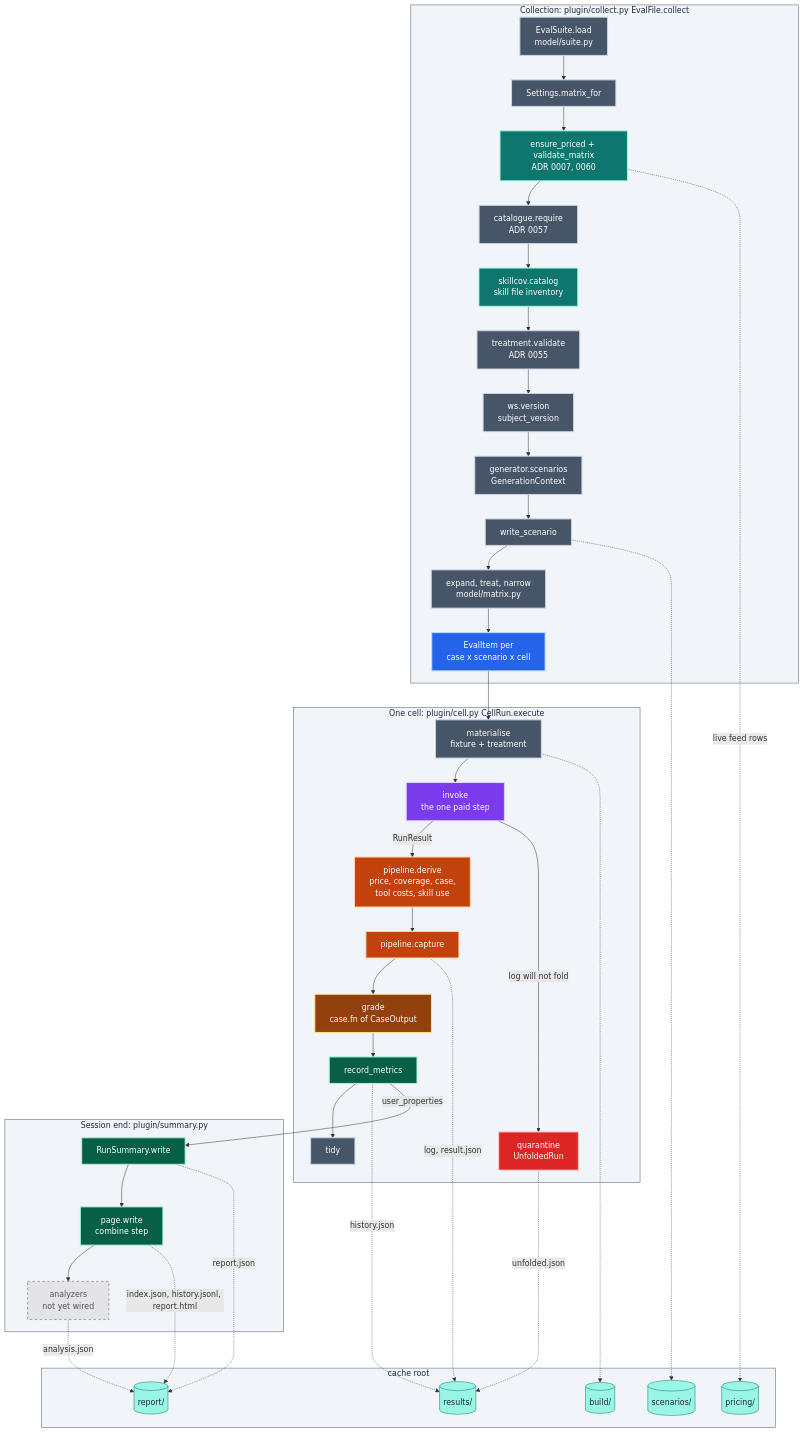
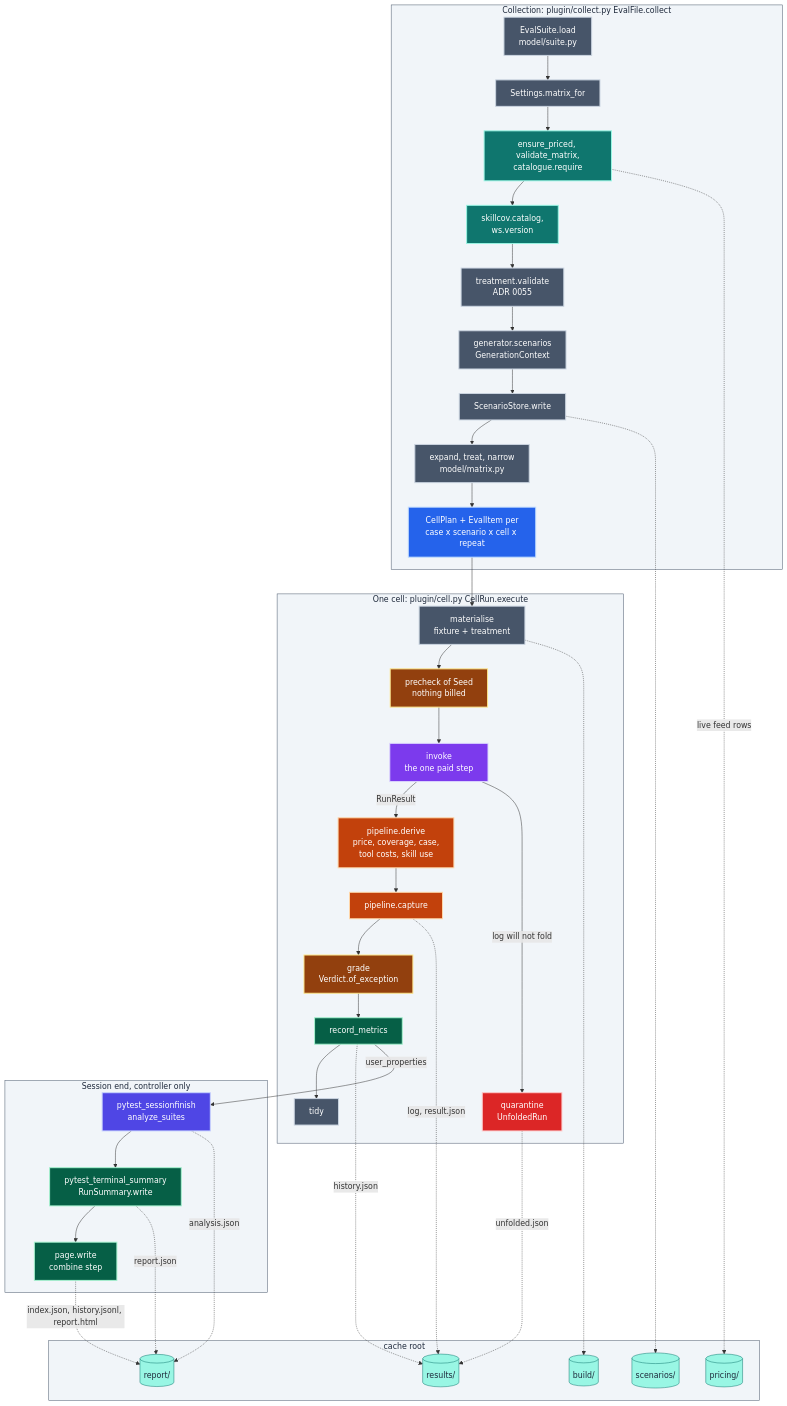
One commit to neozenith/pytest-xharness-eval changed the second of 39 diagrams in ARCHITECTURE.md. Above: the diagram before and after it, drawn with Mermaid. The commit also changed other lines of this file and 1 other file, not shown here.

First line of the commit message:
docs: ARCHITECTURE.md refreshed for the wired Analyzer, CellPlan and ADR 0076 names

````diff
--- a/ARCHITECTURE.md
+++ b/ARCHITECTURE.md
@@ -99,76 +100,75 @@
 ```mermaid
 flowchart TB
     subgraph COLLECT["Collection: plugin/collect.py EvalFile.collect"]
         LOAD["EvalSuite.load<br/>model/suite.py"]
         MATRIX["Settings.matrix_for"]
-        PRICED["ensure_priced + validate_matrix<br/>ADR 0007, 0060"]
-        CAT["catalogue.require<br/>ADR 0057"]
-        INV0["skillcov.catalog<br/>skill file inventory"]
+        PRICED["ensure_priced, validate_matrix,<br/>catalogue.require"]
+        INV0["skillcov.catalog,<br/>ws.version"]
         TREAT["treatment.validate<br/>ADR 0055"]
-        VER["ws.version<br/>subject_version"]
         GENS["generator.scenarios<br/>GenerationContext"]
-        WRITE["write_scenario"]
+        WRITE["ScenarioStore.write"]
         CELLS["expand, treat, narrow<br/>model/matrix.py"]
-        ITEM["EvalItem per<br/>case x scenario x cell"]
+        ITEM["CellPlan + EvalItem per<br/>case x scenario x cell x repeat"]
     end
     subgraph CELL["One cell: plugin/cell.py CellRun.execute"]
         MATER["materialise<br/>fixture + treatment"]
+        PRE["precheck of Seed<br/>nothing billed"]
         INVOKE["invoke<br/>the one paid step"]
         QUAR["quarantine<br/>UnfoldedRun"]
         DERIVE["pipeline.derive<br/>price, coverage, case,<br/>tool costs, skill use"]
         CAPT["pipeline.capture"]
-        GRADE["grade<br/>case.fn of CaseOutput"]
+        GRADE["grade<br/>Verdict.of_exception"]
         RECORD["record_metrics"]
         TIDY["tidy"]
     end
-    subgraph END["Session end: plugin/summary.py"]
-        SUMM["RunSummary.write"]
+    subgraph END["Session end, controller only"]
+        FIN["pytest_sessionfinish<br/>analyze_suites"]
+        SUMM["pytest_terminal_summary<br/>RunSummary.write"]
         PAGE["page.write<br/>combine step"]
-        ANALY["analyzers<br/>not yet wired"]
     end
     subgraph STORE["cache root"]
         SCN[("scenarios/")]
         PRC[("pricing/")]
         BLD[("build/")]
         RES[("results/")]
         REP[("report/")]
     end
 
-    LOAD --> MATRIX --> PRICED --> CAT --> INV0 --> TREAT --> VER --> GENS --> WRITE --> CELLS --> ITEM
+    LOAD --> MATRIX --> PRICED --> INV0 --> TREAT --> GENS --> WRITE --> CELLS --> ITEM
     PRICED -.->|live feed rows| PRC
     WRITE -.-> SCN
-    ITEM --> MATER --> INVOKE
+    ITEM --> MATER --> PRE --> INVOKE
     MATER -.-> BLD
     INVOKE -->|RunResult| DERIVE --> CAPT --> GRADE --> RECORD --> TIDY
     INVOKE -->|log will not fold| QUAR
     QUAR -.->|unfolded.json| RES
     CAPT -.->|log, result.json| RES
     RECORD -.->|history.json| RES
-    RECORD -->|user_properties| SUMM --> PAGE --> ANALY
+    RECORD -->|user_properties| FIN --> SUMM --> PAGE
+    FIN -.->|analysis.json| REP
     SUMM -.->|report.json| REP
     PAGE -.->|index.json, history.jsonl, report.html| REP
-    ANALY -.->|analysis.json| REP
 
     classDef entry fill:#2563eb,stroke:#bfdbfe,color:#fff,stroke-width:2px
     classDef domain fill:#475569,stroke:#cbd5e1,color:#fff,stroke-width:2px
     classDef adapter fill:#7c3aed,stroke:#ddd6fe,color:#fff,stroke-width:2px
     classDef derive fill:#0f766e,stroke:#99f6e4,color:#fff,stroke-width:2px
     classDef runtime fill:#c2410c,stroke:#fed7aa,color:#fff,stroke-width:2px
     classDef verify fill:#92400e,stroke:#fde68a,color:#fff,stroke-width:2px
     classDef emit fill:#065f46,stroke:#a7f3d0,color:#fff,stroke-width:2px
+    classDef analyze fill:#4f46e5,stroke:#c7d2fe,color:#fff,stroke-width:2px
     classDef store fill:#99f6e4,stroke:#0f766e,color:#1e293b,stroke-width:1px
     classDef danger fill:#dc2626,stroke:#fecaca,color:#fff,stroke-width:2px
-    classDef target fill:#e4e4e7,stroke:#52525b,color:#52525b,stroke-width:1px,stroke-dasharray:5 5
     classDef sg fill:#f1f5f9,stroke:#475569,color:#1e293b
-    class LOAD,MATRIX,CAT,TREAT,VER,GENS,WRITE,CELLS,MATER,TIDY domain
+    class LOAD,MATRIX,TREAT,GENS,WRITE,CELLS,MATER,TIDY domain
     class ITEM entry
     class PRICED,INV0 derive
     class INVOKE adapter
     class QUAR danger
     class DERIVE,CAPT runtime
-    class GRADE verify
+    class PRE,GRADE verify
     class RECORD,SUMM,PAGE emit
-    class ANALY target
+    class FIN analyze
     class SCN,PRC,BLD,RES,REP store
     class COLLECT,CELL,END,STORE sg
 ```
````
